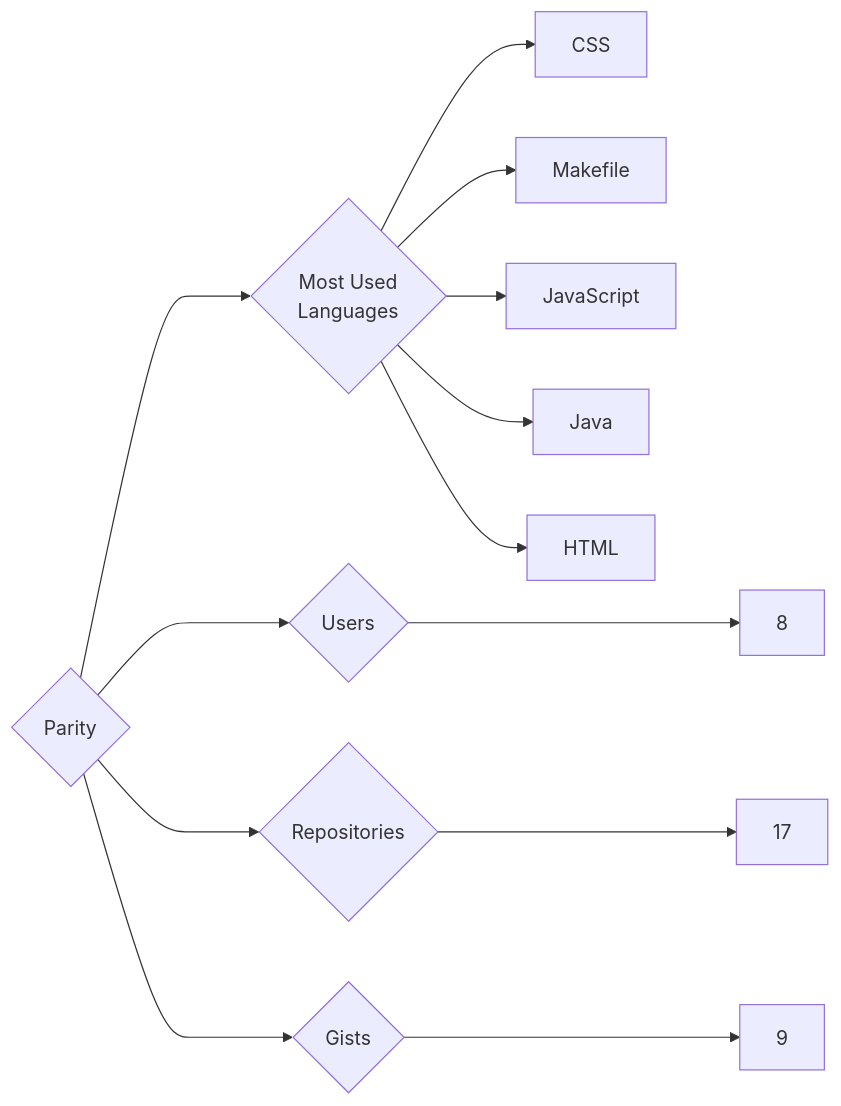
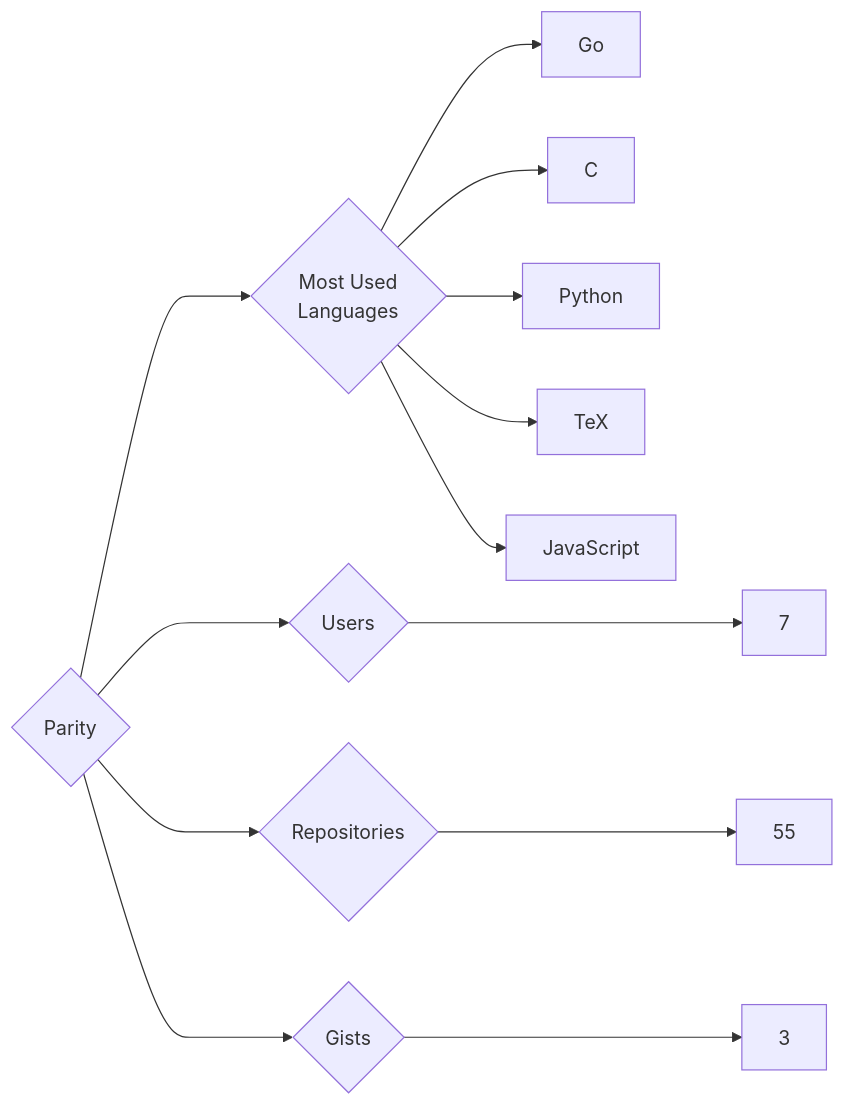
The diagram in targets/Parity/README.md (trickest/insiders), drawn with Mermaid before and after one commit. The commit also changed 1479 other files, not shown here.

````diff
--- a/targets/Parity/README.md
+++ b/targets/Parity/README.md
@@ -3,13 +3,13 @@
 ```mermaid
 graph LR
 COMPANY_NAME{Parity}
-COMPANY_NAME ---> U{Users} ---> UN[8]
-COMPANY_NAME ---> R{Repositories} ---> RN[17]
-COMPANY_NAME ---> G{Gists} ---> GN[9]
+COMPANY_NAME ---> U{Users} ---> UN[7]
+COMPANY_NAME ---> R{Repositories} ---> RN[55]
+COMPANY_NAME ---> G{Gists} ---> GN[3]
 COMPANY_NAME ---> ML{Most Used<br>Languages}
-ML --> CSS[CSS]
-ML --> Makefile[Makefile]
+ML --> Go[Go]
+ML --> C[C]
+ML --> Python[Python]
+ML --> TeX[TeX]
 ML --> JavaScript[JavaScript]
-ML --> Java[Java]
-ML --> HTML[HTML]
 ```
````
